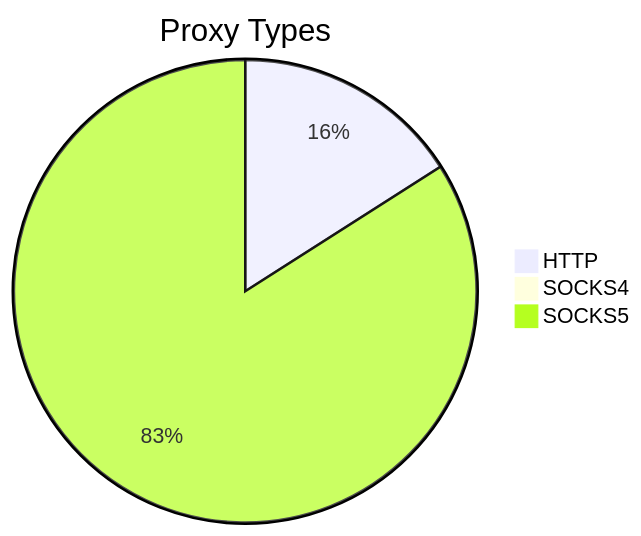
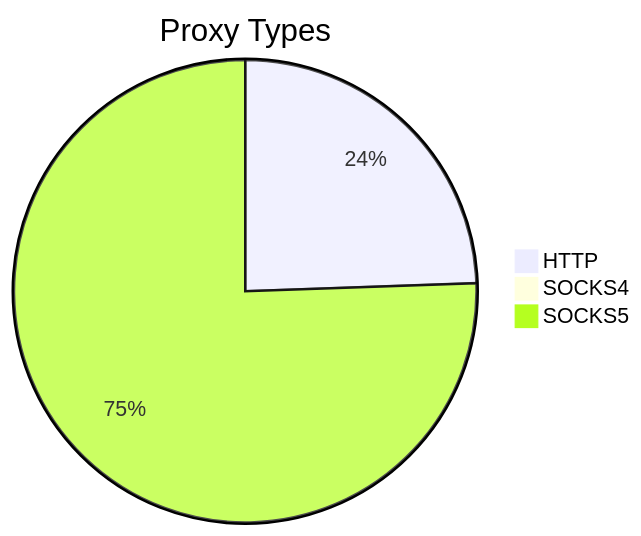
The first of 2 diagrams in README.md (stormsia/proxy-list), drawn with Mermaid before and after one commit. The commit also changed other lines of this file, not shown here.

````diff
--- a/README.md
+++ b/README.md
@@ -21,6 +21,6 @@
 ```mermaid
 pie title Proxy Types
-    "HTTP" : 219
-    "SOCKS4" : 12
-    "SOCKS5" : 1153
+    "HTTP" : 197
+    "SOCKS4" : 7
+    "SOCKS5" : 609
 ```
````
